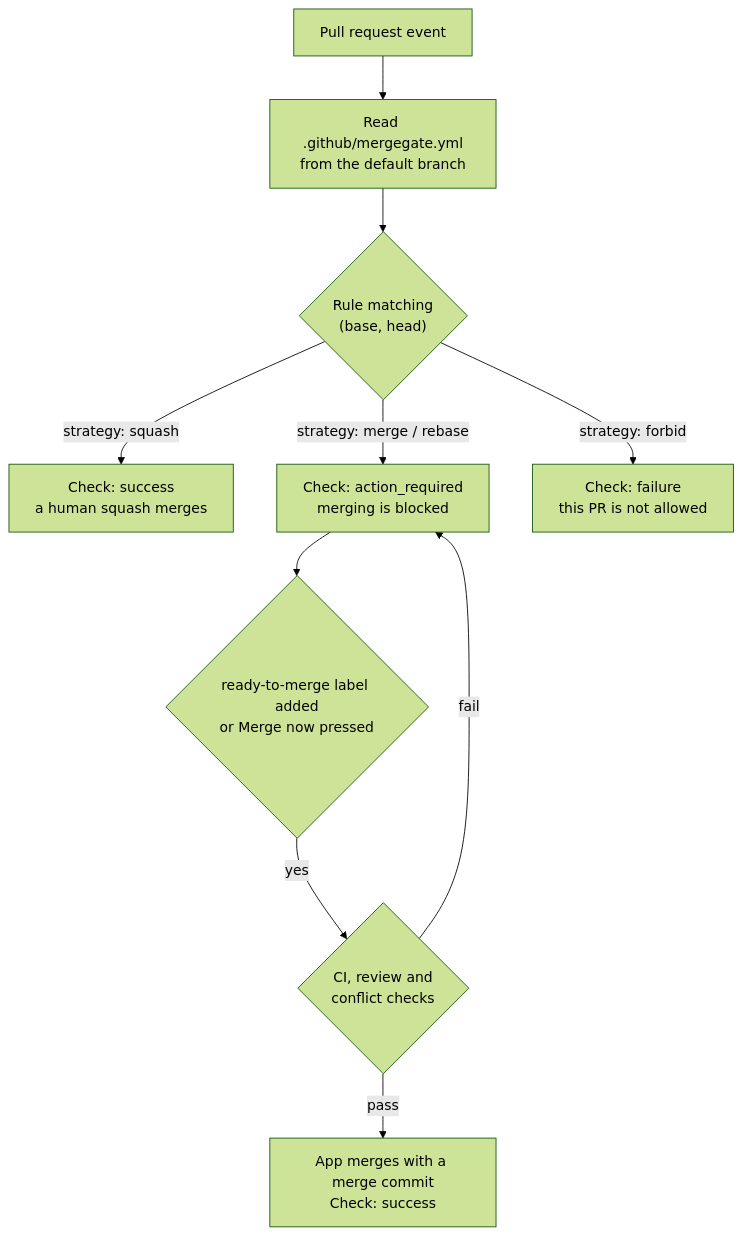
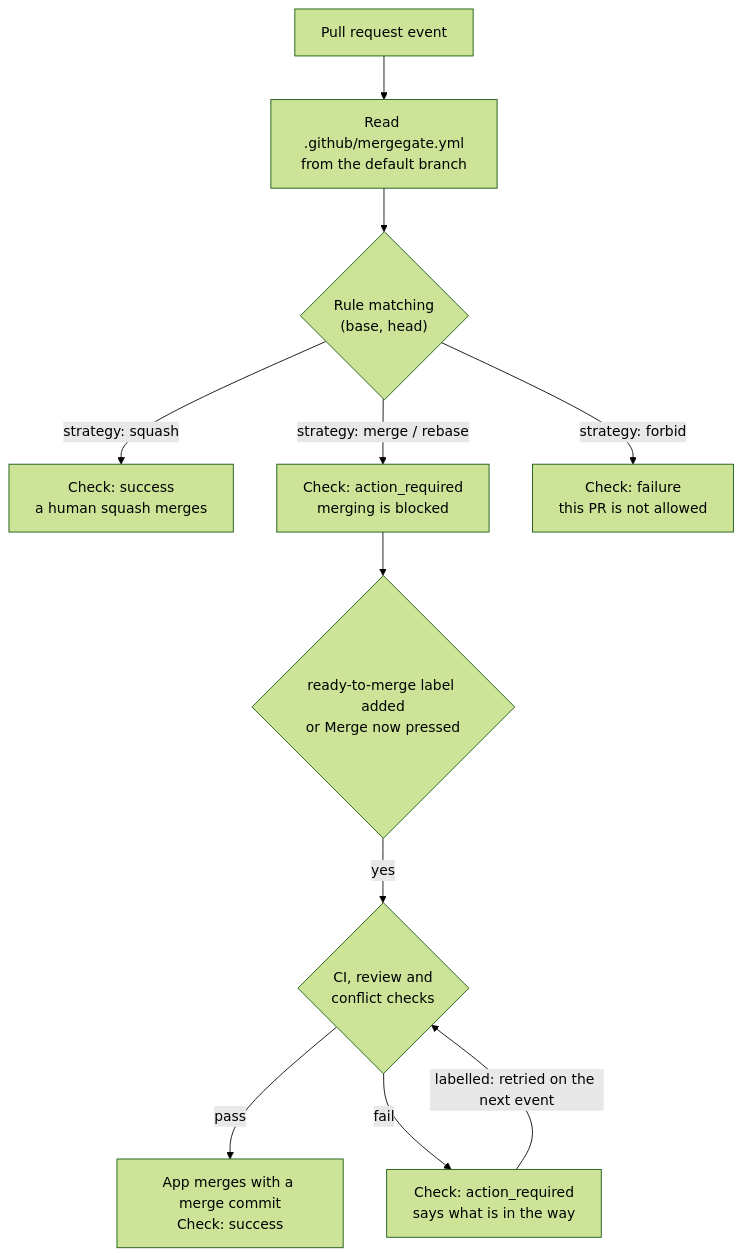
One commit to siketyan/mergegate changed the first of 2 diagrams in README.md. Above: the diagram before and after it, drawn with Mermaid (forest theme). The commit also changed other lines of this file and 8 other files, not shown here.

````diff
--- a/README.md
+++ b/README.md
@@ -88,12 +88,13 @@
 ```mermaid
 flowchart TD
     A["Pull request event"] --> B["Read .github/mergegate.yml<br/>from the default branch"]
     B --> C{"Rule matching<br/>(base, head)"}
     C -->|"strategy: squash"| D["Check: success<br/>a human squash merges"]
     C -->|"strategy: merge / rebase"| E["Check: action_required<br/>merging is blocked"]
     C -->|"strategy: forbid"| F["Check: failure<br/>this PR is not allowed"]
     E --> G{"ready-to-merge label added<br/>or Merge now pressed"}
     G -->|"yes"| H{"CI, review and<br/>conflict checks"}
     H -->|"pass"| I["App merges with a merge commit<br/>Check: success"]
-    H -->|"fail"| E
+    H -->|"fail"| J["Check: action_required<br/>says what is in the way"]
+    J -->|"labelled: retried on the next event"| H
 ```
````
